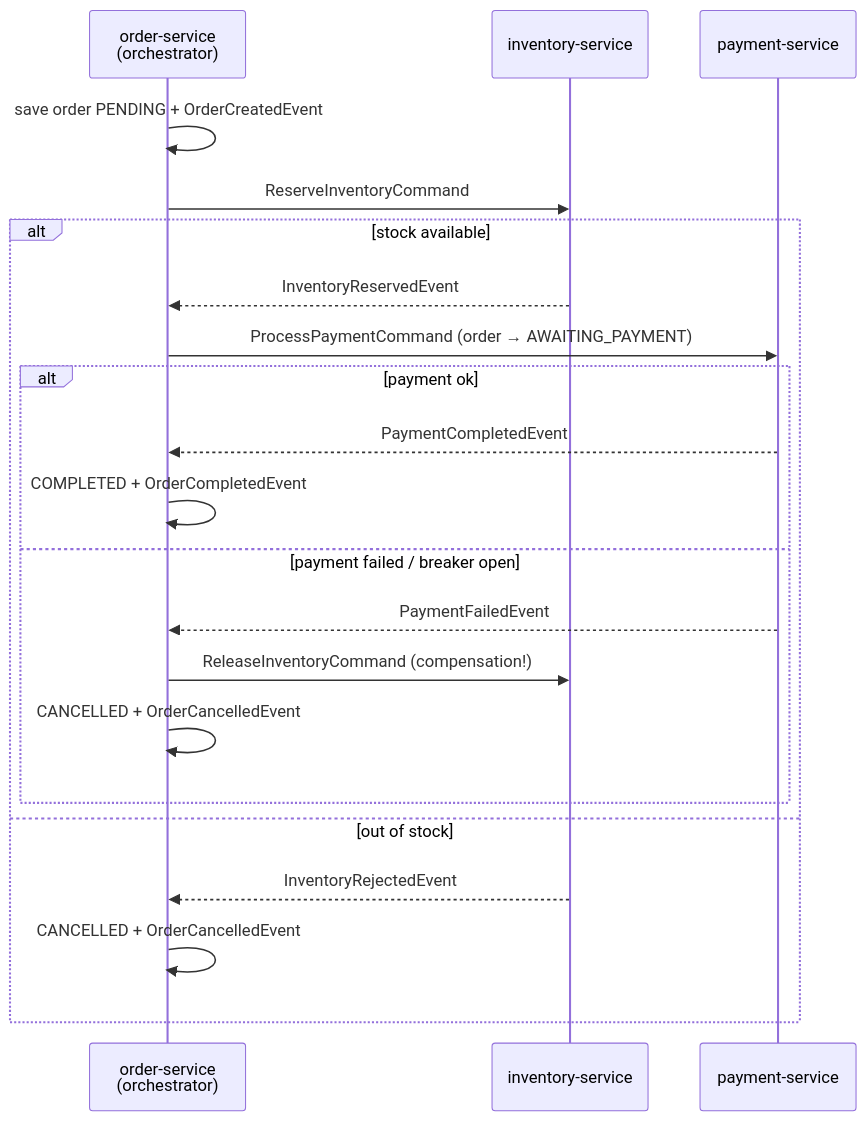
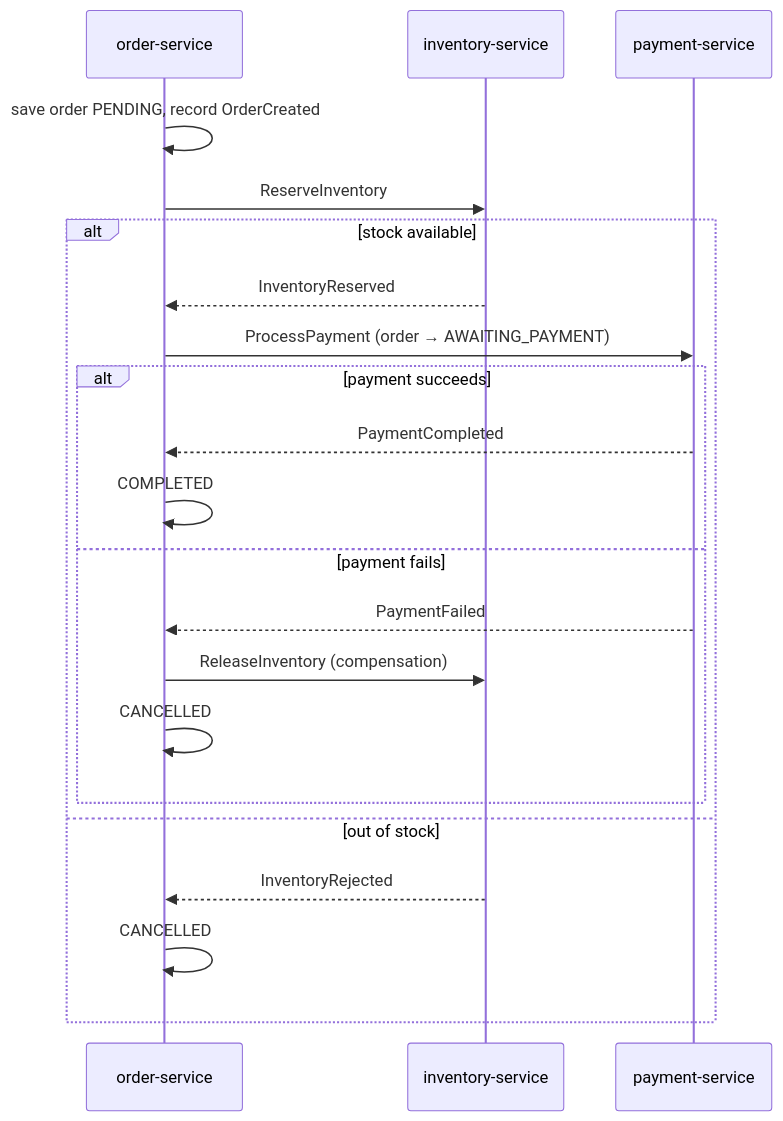
One commit to Swaroopa-learnings/shopflow changed the diagram in README.md. Above: the diagram before and after it, drawn with Mermaid. The commit also changed other lines of this file and 94 other files, not shown here.

````diff
--- a/README.md
+++ b/README.md
@@ -65,24 +35,24 @@
 ```mermaid
 sequenceDiagram
-    participant O as order-service<br/>(orchestrator)
+    participant O as order-service
     participant I as inventory-service
     participant P as payment-service
 
-    O->>O: save order PENDING + OrderCreatedEvent
-    O->>I: ReserveInventoryCommand
+    O->>O: save order PENDING, record OrderCreated
+    O->>I: ReserveInventory
     alt stock available
-        I-->>O: InventoryReservedEvent
-        O->>P: ProcessPaymentCommand (order → AWAITING_PAYMENT)
-        alt payment ok
-            P-->>O: PaymentCompletedEvent
-            O->>O: COMPLETED + OrderCompletedEvent
-        else payment failed / breaker open
-            P-->>O: PaymentFailedEvent
-            O->>I: ReleaseInventoryCommand (compensation!)
-            O->>O: CANCELLED + OrderCancelledEvent
+        I-->>O: InventoryReserved
+        O->>P: ProcessPayment (order → AWAITING_PAYMENT)
+        alt payment succeeds
+            P-->>O: PaymentCompleted
+            O->>O: COMPLETED
+        else payment fails
+            P-->>O: PaymentFailed
+            O->>I: ReleaseInventory (compensation)
+            O->>O: CANCELLED
         end
     else out of stock
-        I-->>O: InventoryRejectedEvent
-        O->>O: CANCELLED + OrderCancelledEvent
+        I-->>O: InventoryRejected
+        O->>O: CANCELLED
     end
 ```
````
